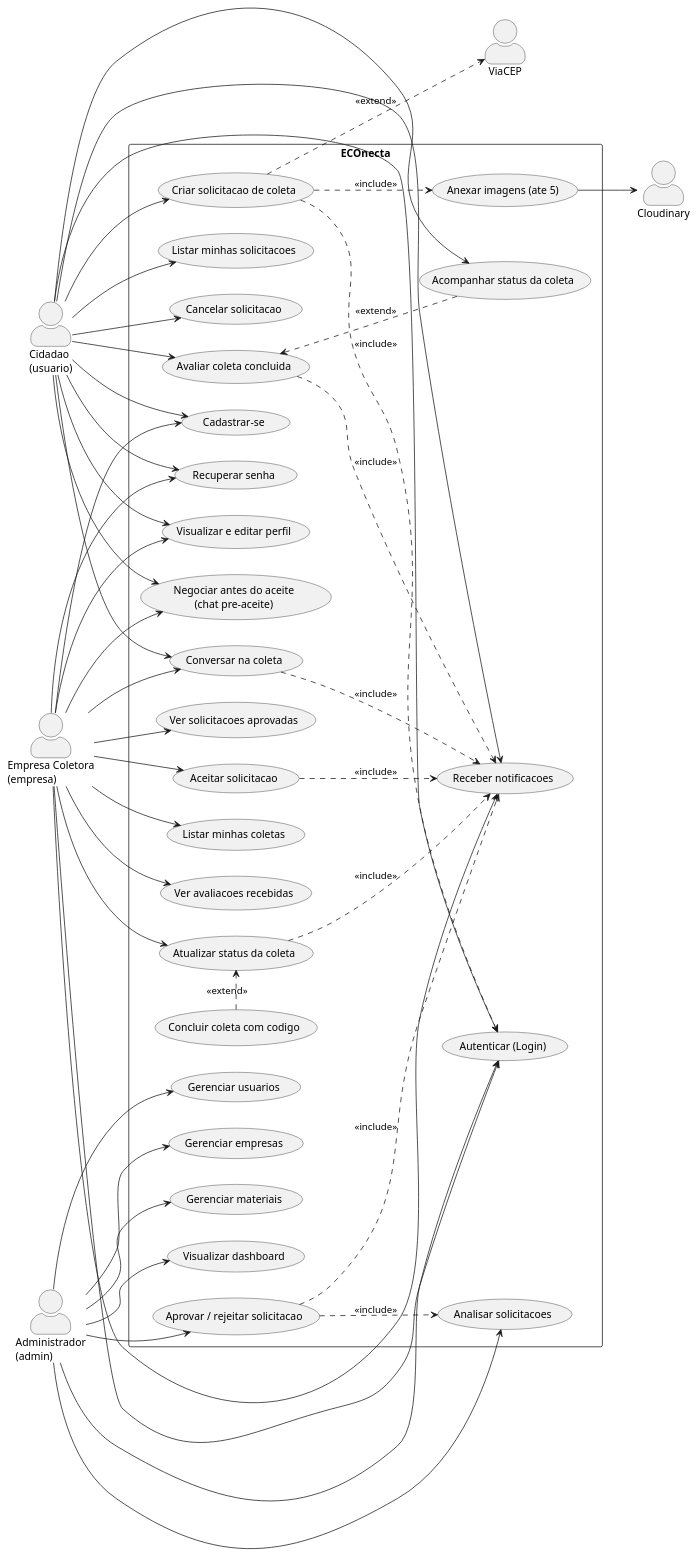
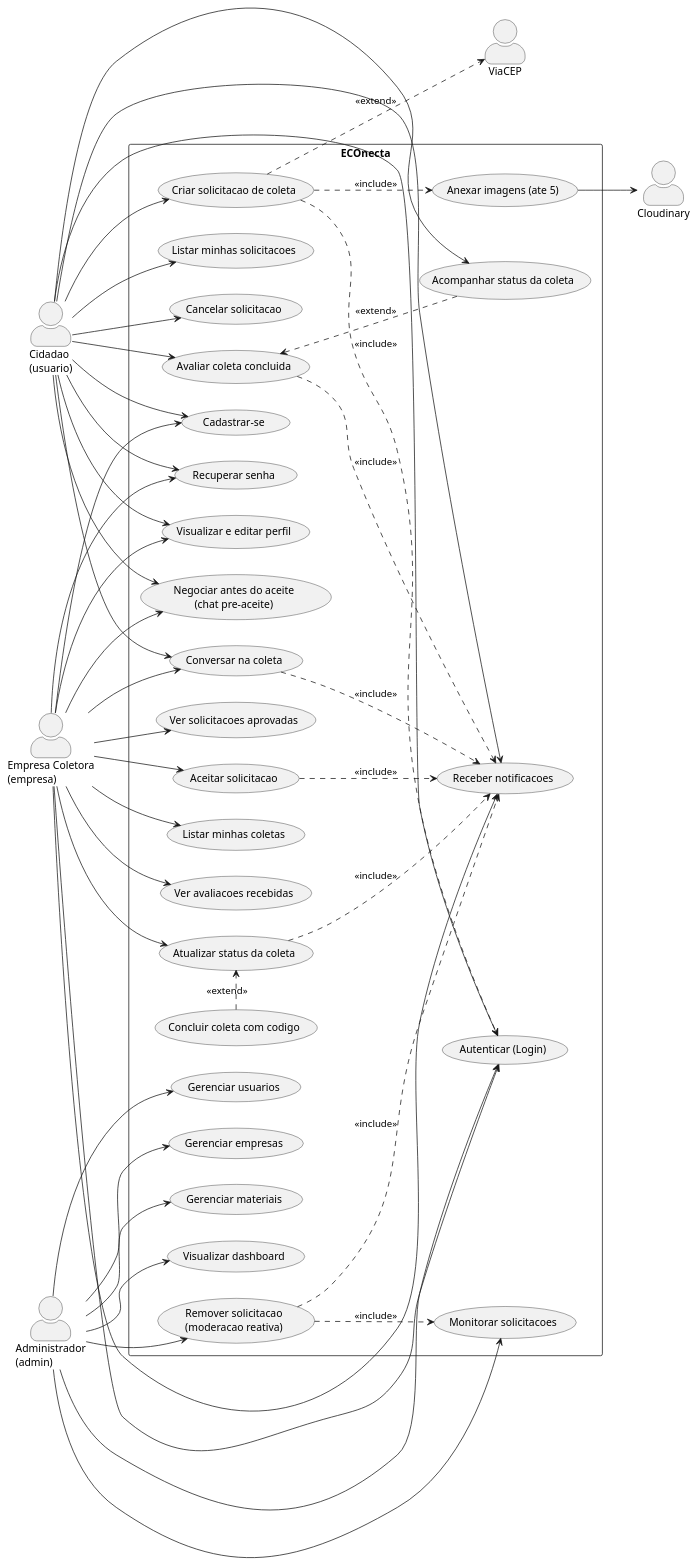
Before and after one commit to lononeiro/olx-ecologico: the diagram in uml/1-casos-de-uso/casos-de-uso.puml, drawn with PlantUML. The commit also changed 53 other files, not shown here.

First line of the commit message:
docs(uml): revisao dos diagramas e sincronizacao docs/ com uml/

```diff
--- a/uml/1-casos-de-uso/casos-de-uso.puml
+++ b/uml/1-casos-de-uso/casos-de-uso.puml
@@ -1,103 +1,103 @@
 @startuml casos-de-uso
 ' Diagrama de Casos de Uso - ECOnecta (atualizado: + negociar, avaliar, notificacoes, reputacao)
 left to right direction
 skinparam packageStyle rectangle
 skinparam actorStyle awesome
 
 actor "Cidadao\n(usuario)" as Cidadao
 actor "Empresa Coletora\n(empresa)" as Empresa
 actor "Administrador\n(admin)" as Admin
 actor "Cloudinary" as Cloud
 actor "ViaCEP" as ViaCEP
 
 rectangle "ECOnecta" {
 
   usecase "Cadastrar-se" as UC01
   usecase "Autenticar (Login)" as UC02
   usecase "Recuperar senha" as UC03
   usecase "Visualizar e editar perfil" as UC04
 
   ' --- Cidadao ---
   usecase "Criar solicitacao de coleta" as UC05
   usecase "Anexar imagens (ate 5)" as UC06
   usecase "Listar minhas solicitacoes" as UC07
   usecase "Acompanhar status da coleta" as UC08
   usecase "Conversar na coleta" as UC09
   usecase "Cancelar solicitacao" as UC22
   usecase "Avaliar coleta concluida" as UC23
 
   ' --- Empresa ---
   usecase "Ver solicitacoes aprovadas" as UC10
   usecase "Negociar antes do aceite\n(chat pre-aceite)" as UC24
   usecase "Aceitar solicitacao" as UC11
   usecase "Listar minhas coletas" as UC12
   usecase "Atualizar status da coleta" as UC13
   usecase "Concluir coleta com codigo" as UC14
   usecase "Ver avaliacoes recebidas" as UC25
 
   ' --- Admin ---
   usecase "Visualizar dashboard" as UC16
-  usecase "Analisar solicitacoes" as UC17
-  usecase "Aprovar / rejeitar solicitacao" as UC18
+  usecase "Monitorar solicitacoes" as UC17
+  usecase "Remover solicitacao\n(moderacao reativa)" as UC18
   usecase "Gerenciar usuarios" as UC19
   usecase "Gerenciar empresas" as UC20
   usecase "Gerenciar materiais" as UC21
 
   ' --- Comum ---
   usecase "Receber notificacoes" as UC15
 }
 
 ' ---- Cidadao ----
 Cidadao --> UC01
 Cidadao --> UC02
 Cidadao --> UC03
 Cidadao --> UC04
 Cidadao --> UC05
 Cidadao --> UC07
 Cidadao --> UC08
 Cidadao --> UC09
 Cidadao --> UC22
 Cidadao --> UC23
 Cidadao --> UC24
 Cidadao --> UC15
 
 ' ---- Empresa ----
 Empresa --> UC01
 Empresa --> UC02
 Empresa --> UC03
 Empresa --> UC04
 Empresa --> UC10
 Empresa --> UC24
 Empresa --> UC11
 Empresa --> UC12
 Empresa --> UC13
 Empresa --> UC09
 Empresa --> UC25
 Empresa --> UC15
 
 ' ---- Admin ----
 Admin --> UC02
 Admin --> UC16
 Admin --> UC17
 Admin --> UC18
 Admin --> UC19
 Admin --> UC20
 Admin --> UC21
 
 ' ---- include / extend ----
 UC05 ..> UC06 : <<include>>
 UC05 ..> UC02 : <<include>>
 UC14 .> UC13 : <<extend>>
 UC18 ..> UC17 : <<include>>
 UC18 ..> UC15 : <<include>>
 UC11 ..> UC15 : <<include>>
 UC13 ..> UC15 : <<include>>
 UC23 ..> UC15 : <<include>>
 UC09 ..> UC15 : <<include>>
 UC23 <.. UC08 : <<extend>>
 
 ' ---- integracoes externas ----
 UC06 --> Cloud
 UC05 ..> ViaCEP : <<extend>>
 
 @enduml
```
